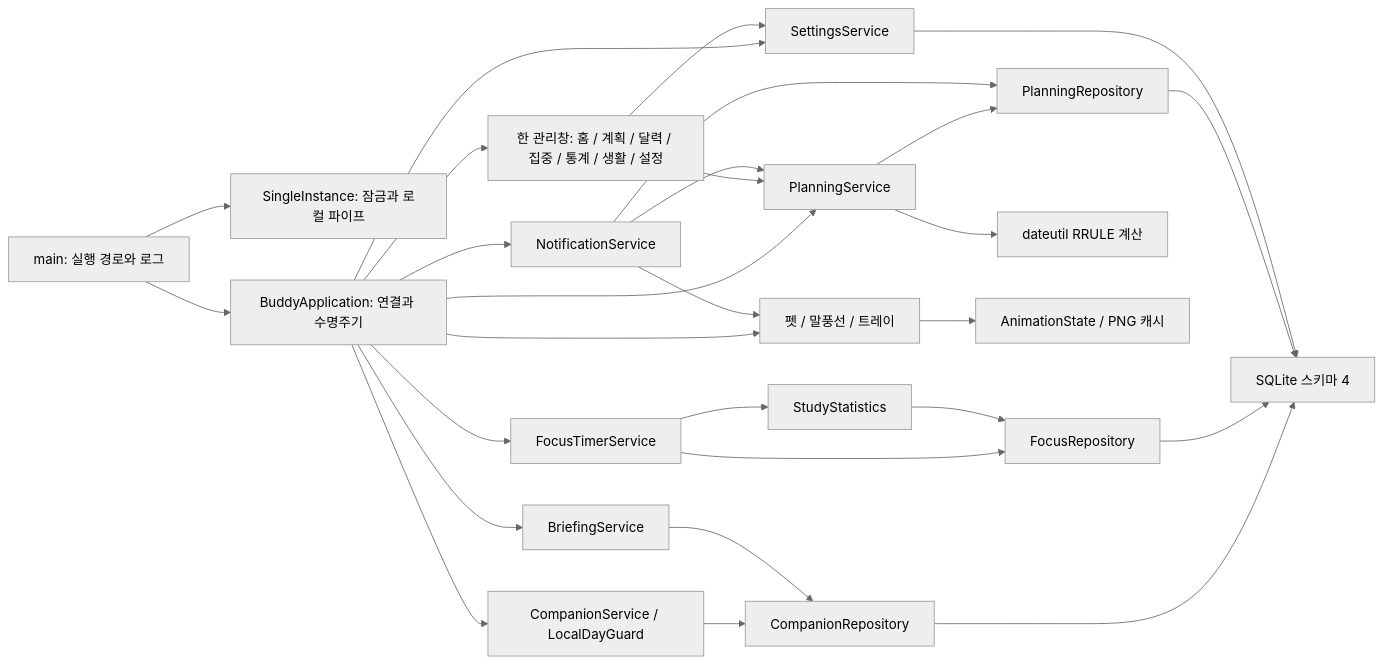
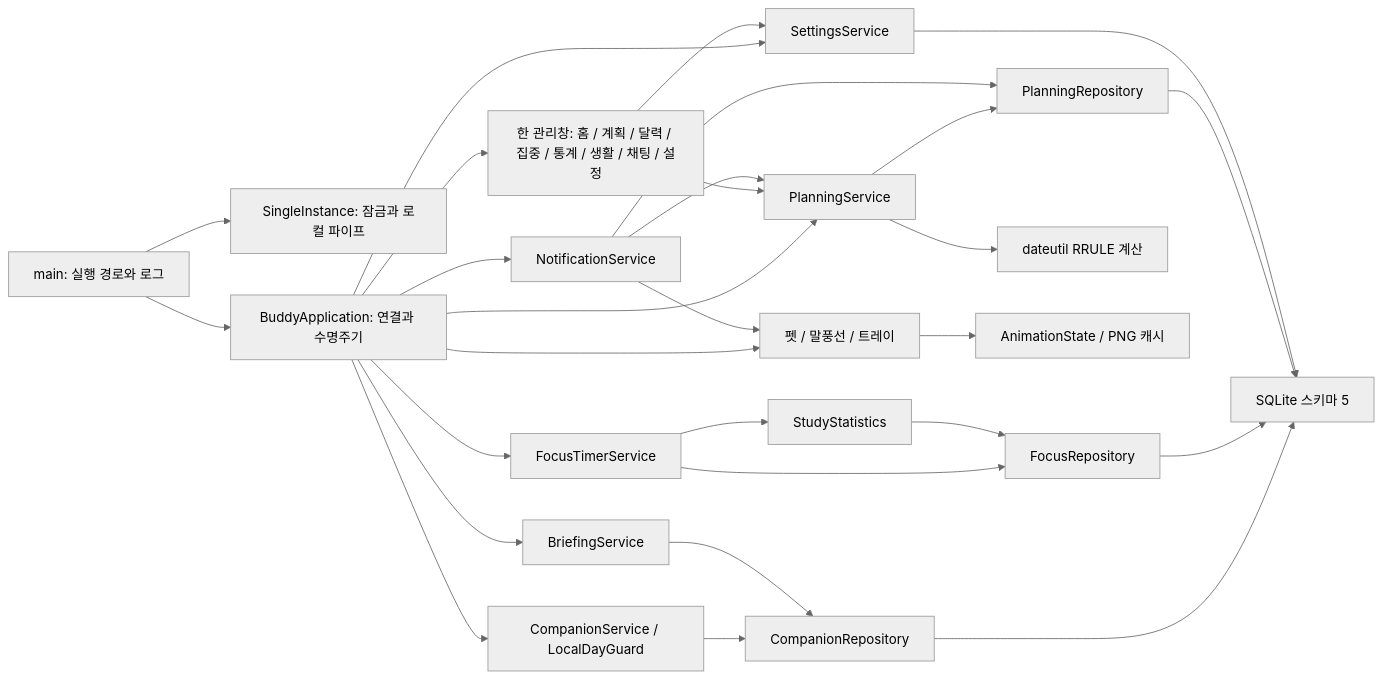
The diagram in ARCHITECTURE.md (ksmin4347/Chiikawa_buddy), drawn with Mermaid (neutral theme) before and after one commit. The commit also changed other lines of this file and 30 other files, not shown here.

````diff
--- a/ARCHITECTURE.md
+++ b/ARCHITECTURE.md
@@ -5,30 +5,30 @@
 ```mermaid
 flowchart LR
     Main[main: 실행 경로와 로그] --> Guard[SingleInstance: 잠금과 로컬 파이프]
     Main --> App[BuddyApplication: 연결과 수명주기]
     App --> Settings[SettingsService]
     App --> Planning[PlanningService]
     App --> Notifications[NotificationService]
     App --> Focus[FocusTimerService]
     App --> Companion[CompanionService / LocalDayGuard]
     Companion --> Routines[CompanionRepository]
     App --> Briefing[BriefingService]
     Briefing --> Routines
     Routines --> DB
     Focus --> Stats[StudyStatistics]
     Focus --> FocusRepo[FocusRepository]
     Stats --> FocusRepo
     FocusRepo --> DB
-    App --> Views[한 관리창: 홈 / 계획 / 달력 / 집중 / 통계 / 생활 / 설정]
+    App --> Views[한 관리창: 홈 / 계획 / 달력 / 집중 / 통계 / 생활 / 채팅 / 설정]
     App --> Pet[펫 / 말풍선 / 트레이]
     Views --> Settings
     Views --> Planning
     Planning --> Repo[PlanningRepository]
-    Repo --> DB[SQLite 스키마 4]
+    Repo --> DB[SQLite 스키마 5]
     Settings --> DB
     Notifications --> Planning
     Notifications --> Repo
     Notifications --> Pet
     Planning --> Repeat[dateutil RRULE 계산]
     Pet --> Animation[AnimationState / PNG 캐시]
 ```
````
